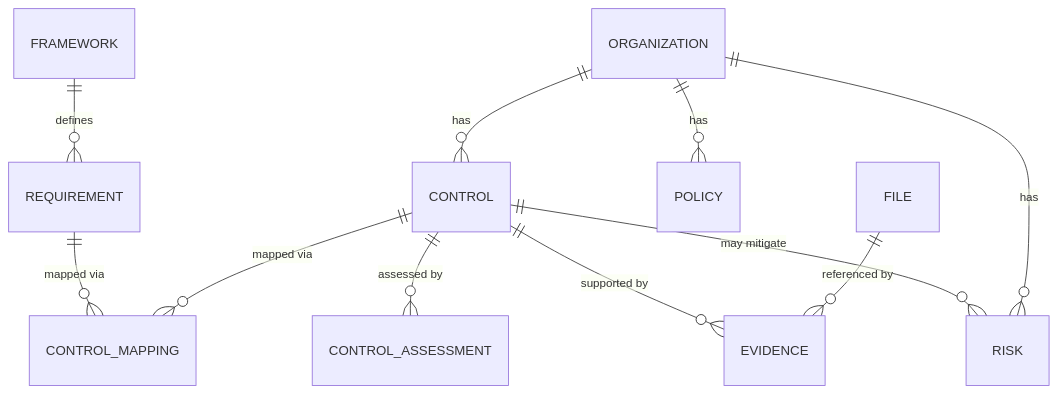
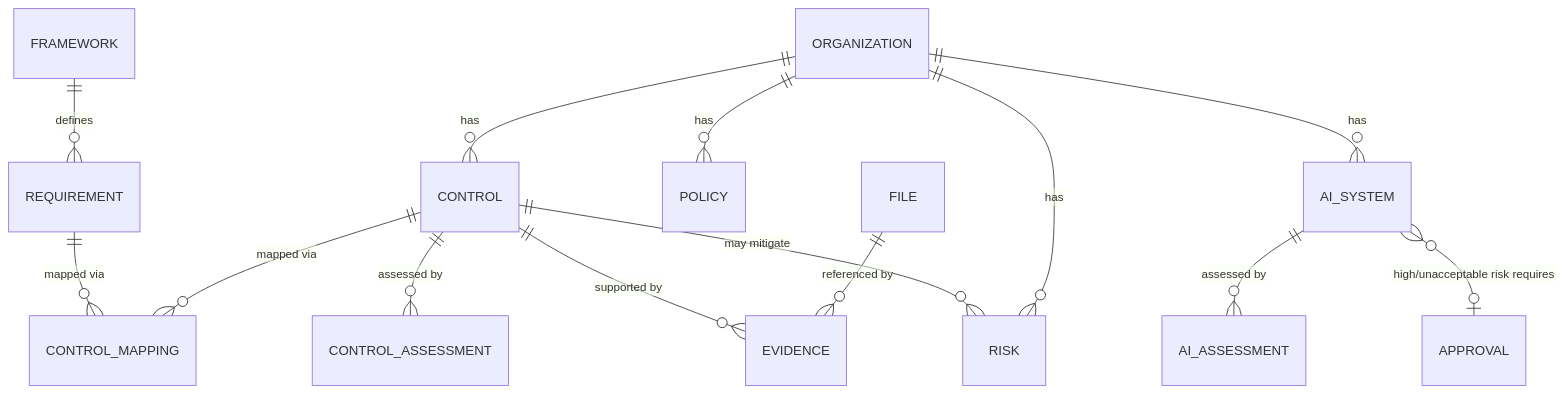
The second of 7 diagrams in docs/DOMAIN_MODEL.md (rabbit285/agora-os), drawn with Mermaid before and after one commit. The commit also changed other lines of this file and 20 other files, not shown here.

````diff
--- a/docs/DOMAIN_MODEL.md
+++ b/docs/DOMAIN_MODEL.md
@@ -95,13 +95,16 @@
 ```mermaid
 erDiagram
   FRAMEWORK ||--o{ REQUIREMENT : defines
   REQUIREMENT ||--o{ CONTROL_MAPPING : "mapped via"
   CONTROL ||--o{ CONTROL_MAPPING : "mapped via"
   CONTROL ||--o{ CONTROL_ASSESSMENT : "assessed by"
   CONTROL ||--o{ EVIDENCE : "supported by"
   CONTROL ||--o{ RISK : "may mitigate"
   ORGANIZATION ||--o{ CONTROL : has
   ORGANIZATION ||--o{ RISK : has
   ORGANIZATION ||--o{ POLICY : has
   FILE ||--o{ EVIDENCE : "referenced by"
+  ORGANIZATION ||--o{ AI_SYSTEM : has
+  AI_SYSTEM ||--o{ AI_ASSESSMENT : "assessed by"
+  AI_SYSTEM }o--o| APPROVAL : "high/unacceptable risk requires"
 ```
````
